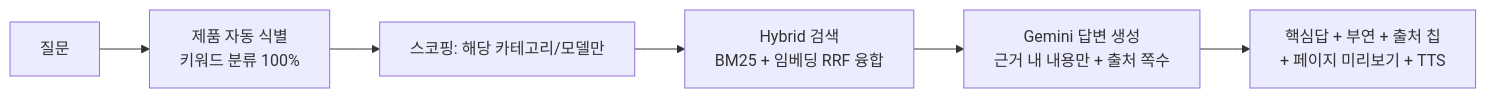
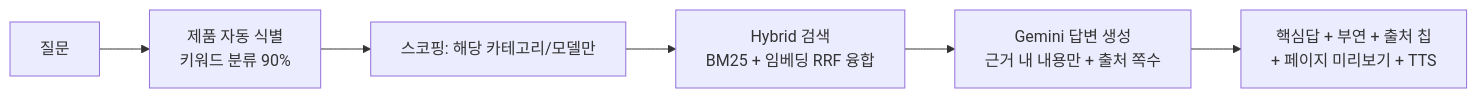
One commit to youngsuchoi0930/manualgo changed the second of 2 diagrams in README.md. Above: the diagram before and after it, drawn with Mermaid. The commit also changed other lines of this file, not shown here.

````diff
--- a/README.md
+++ b/README.md
@@ -58,8 +59,8 @@
 ```mermaid
 flowchart LR
-    Q[질문] --> ID[제품 자동 식별<br/>키워드 분류 100%]
+    Q[질문] --> ID[제품 자동 식별<br/>키워드 분류 90%]
     ID --> S[스코핑: 해당 카테고리/모델만]
     S --> R[Hybrid 검색<br/>BM25 + 임베딩 RRF 융합]
     R --> G[Gemini 답변 생성<br/>근거 내 내용만 + 출처 쪽수]
     G --> OUT[핵심답 + 부연 + 출처 칩<br/>+ 페이지 미리보기 + TTS]
 ```
````
